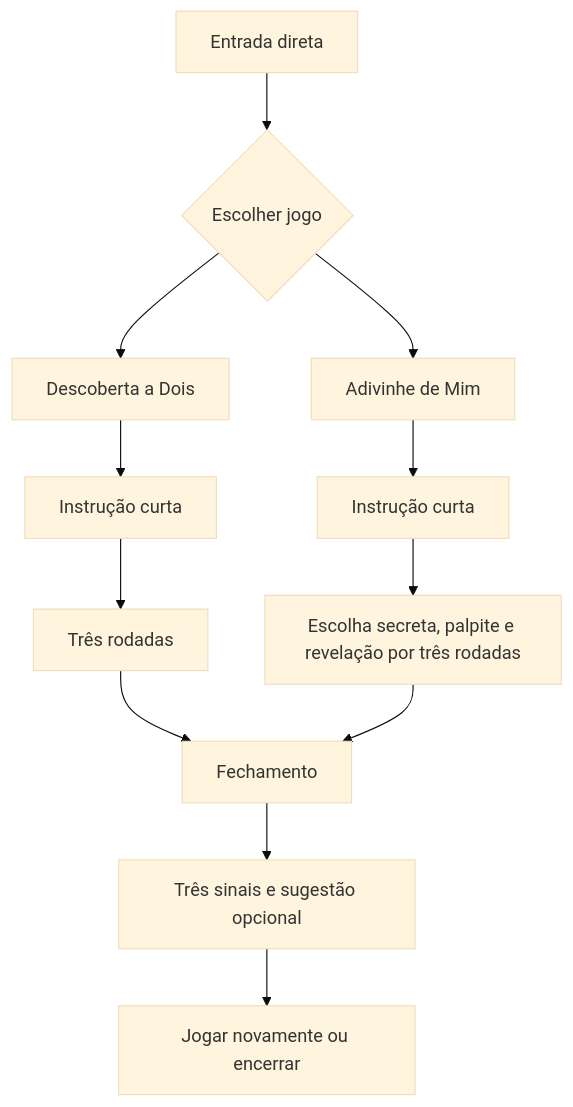
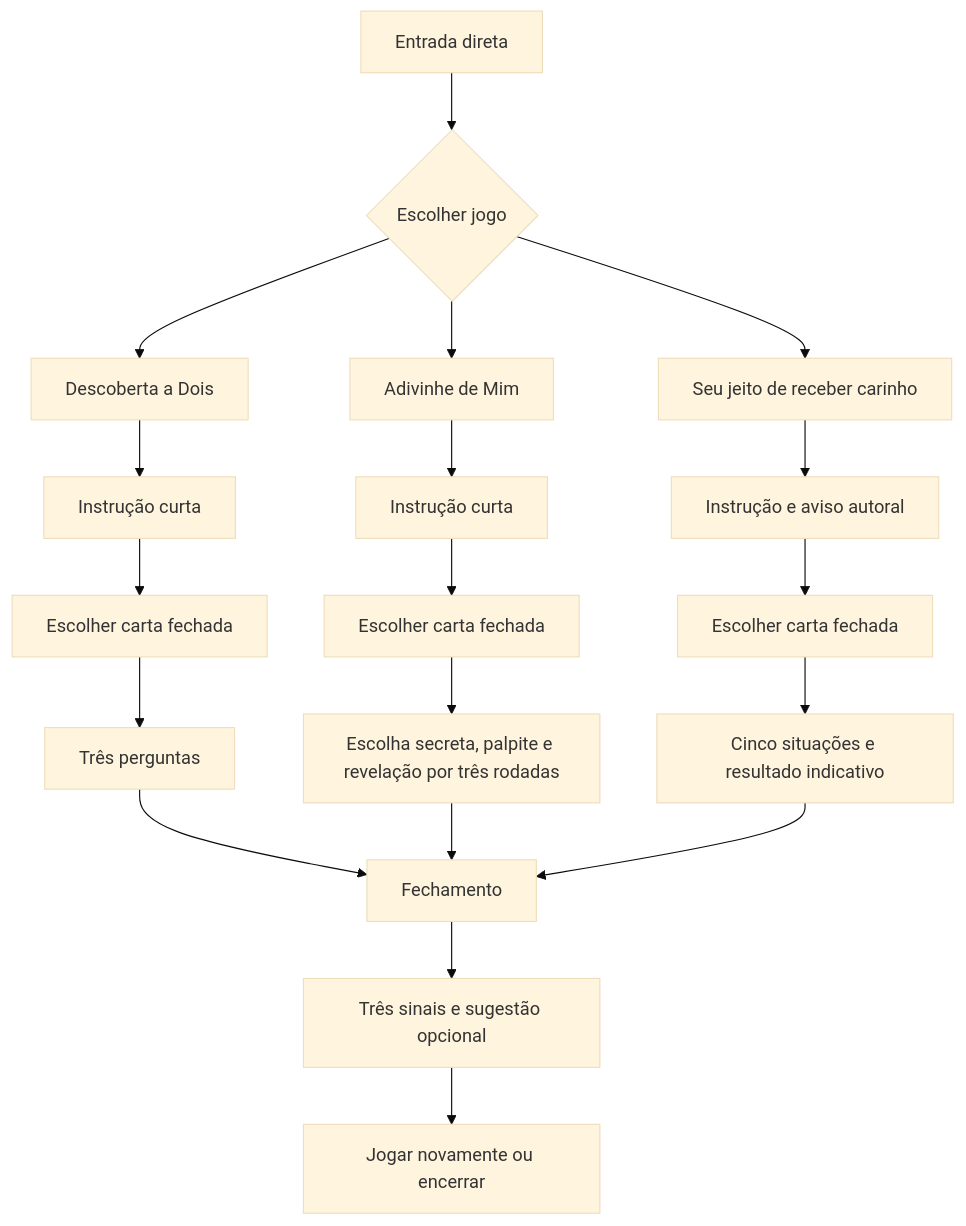
Before and after one commit to tatyelopes/APPDOAMOR: the diagram in docs/FLUXO-MPV.md, drawn with Mermaid (base theme). The commit also changed other lines of this file and 22 other files, not shown here.

````diff
--- a/docs/FLUXO-MPV.md
+++ b/docs/FLUXO-MPV.md
@@ -13,14 +13,21 @@
 ```mermaid
 flowchart TD
     A[Entrada direta] --> B{Escolher jogo}
     B --> C[Descoberta a Dois]
     B --> D[Adivinhe de Mim]
+    B --> L[Seu jeito de receber carinho]
     C --> E[Instrução curta]
     D --> F[Instrução curta]
-    E --> G[Três rodadas]
-    F --> H[Escolha secreta, palpite e revelação por três rodadas]
+    L --> M[Instrução e aviso autoral]
+    E --> N[Escolher carta fechada]
+    F --> O[Escolher carta fechada]
+    M --> P[Escolher carta fechada]
+    N --> G[Três perguntas]
+    O --> H[Escolha secreta, palpite e revelação por três rodadas]
+    P --> Q[Cinco situações e resultado indicativo]
     G --> I[Fechamento]
     H --> I
+    Q --> I
     I --> J[Três sinais e sugestão opcional]
     J --> K[Jogar novamente ou encerrar]
 ```
````
